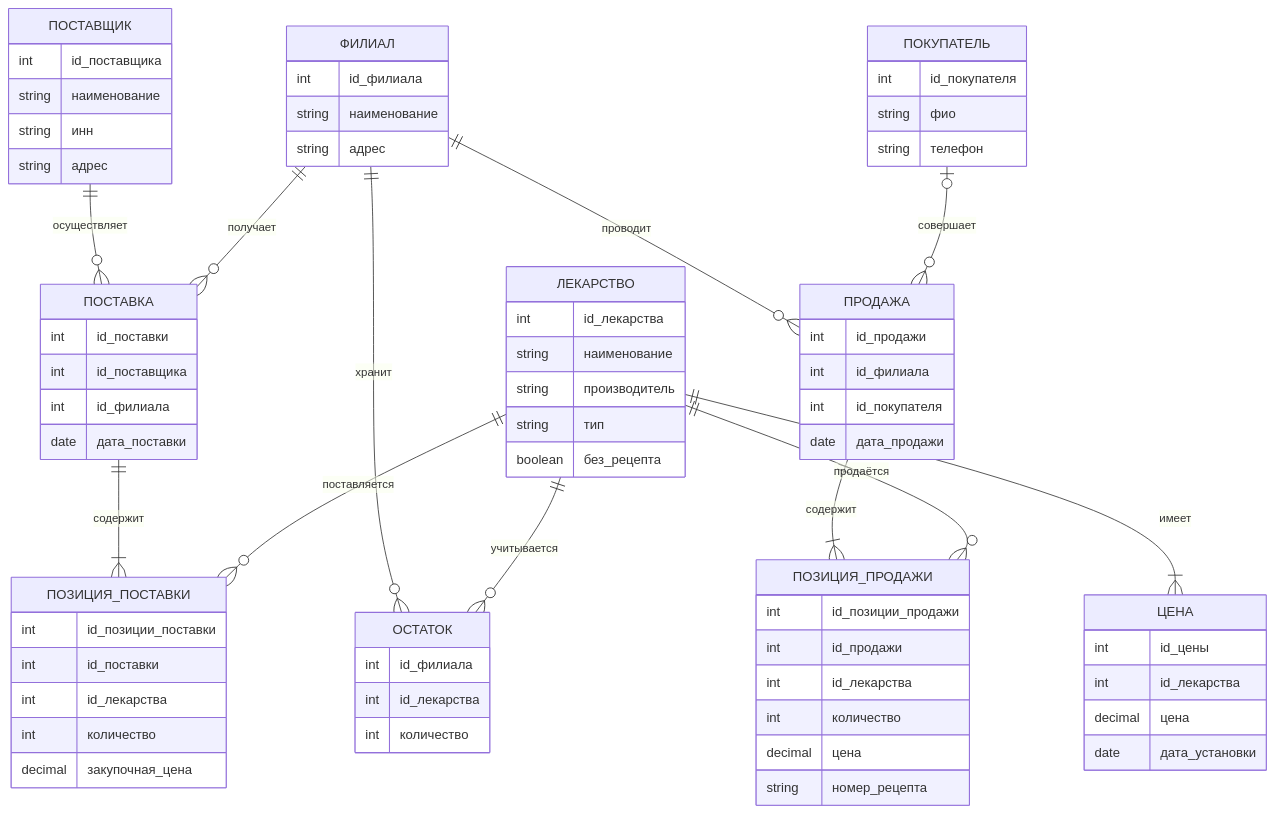
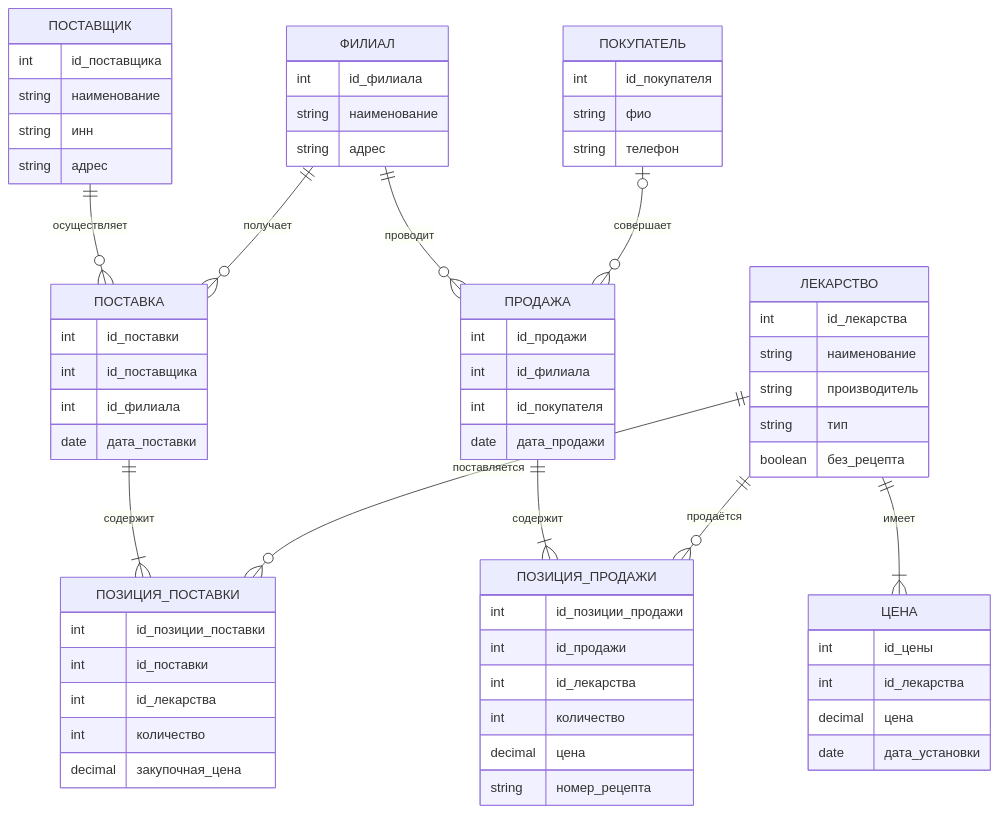
One commit to KorsunDaria/Data_base changed the fifth of 6 diagrams in 6/Korsun.md. Above: the diagram before and after it, drawn with Mermaid. The commit also changed other lines of this file, not shown here.

```diff
--- a/6/Korsun.md
+++ b/6/Korsun.md
@@ -307,12 +299,6 @@
         decimal закупочная_цена
     }
 
-    ОСТАТОК {
-        int id_филиала
-        int id_лекарства
-        int количество
-    }
-
     ПОКУПАТЕЛЬ {
         int id_покупателя
         string фио
@@ -340,8 +326,6 @@
     ФИЛИАЛ ||--o{ ПОСТАВКА : "получает"
     ПОСТАВКА ||--|{ ПОЗИЦИЯ_ПОСТАВКИ : "содержит"
     ЛЕКАРСТВО ||--o{ ПОЗИЦИЯ_ПОСТАВКИ : "поставляется"
-    ФИЛИАЛ ||--o{ ОСТАТОК : "хранит"
-    ЛЕКАРСТВО ||--o{ ОСТАТОК : "учитывается"
     ФИЛИАЛ ||--o{ ПРОДАЖА : "проводит"
     ПОКУПАТЕЛЬ |o--o{ ПРОДАЖА : "совершает"
     ПРОДАЖА ||--|{ ПОЗИЦИЯ_ПРОДАЖИ : "содержит"
```
